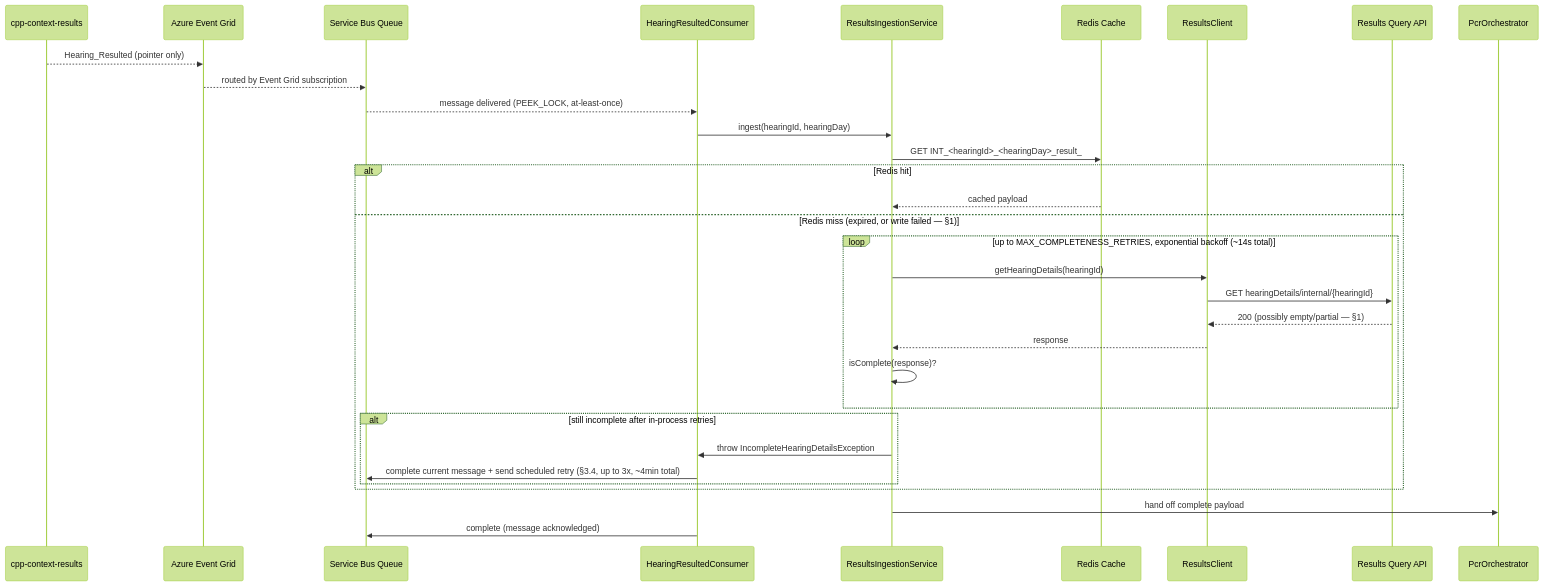
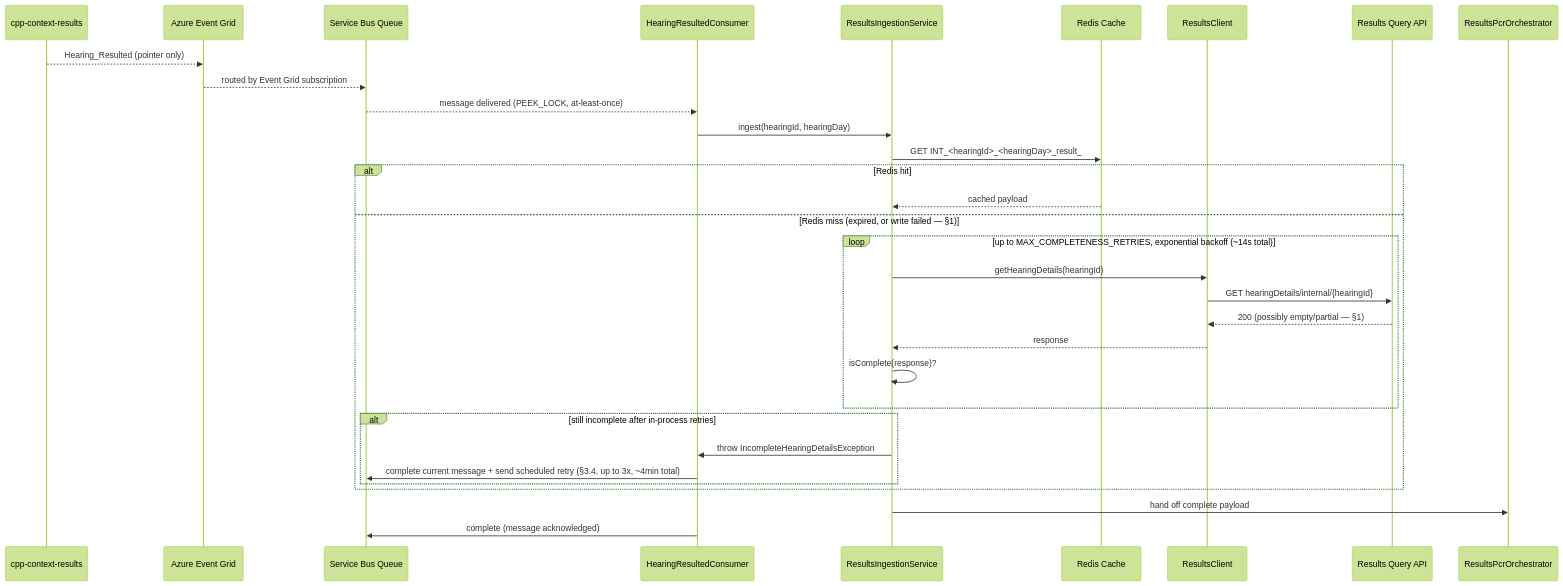
The second of 2 diagrams in docs/2026-07-22-pcr-hearing-event-ingestion-design.md (hmcts/service-cp-crime-results-pcr), drawn with Mermaid (forest theme) before and after one commit. The commit also changed other lines of this file and 2 other files, not shown here.

First line of the commit message:
refactor: rename PcrOrchestrator to ResultsPcrOrchestrator

````diff
--- a/docs/2026-07-22-pcr-hearing-event-ingestion-design.md
+++ b/docs/2026-07-22-pcr-hearing-event-ingestion-design.md
@@ -83,38 +83,38 @@
 ```mermaid
 sequenceDiagram
     participant Results as cpp-context-results
     participant Grid as Azure Event Grid
     participant Bus as Service Bus Queue
     participant Consumer as HearingResultedConsumer
     participant Ingestion as ResultsIngestionService
     participant Redis as Redis Cache
     participant RQC as ResultsClient
     participant API as Results Query API
-    participant Downstream as PcrOrchestrator
+    participant Downstream as ResultsPcrOrchestrator
 
     Results-->>Grid: Hearing_Resulted (pointer only)
     Grid-->>Bus: routed by Event Grid subscription
     Bus-->>Consumer: message delivered (PEEK_LOCK, at-least-once)
 
     Consumer->>Ingestion: ingest(hearingId, hearingDay)
     Ingestion->>Redis: GET INT_<hearingId>_<hearingDay>_result_
 
     alt Redis hit
         Redis-->>Ingestion: cached payload
     else Redis miss (expired, or write failed — §1)
         loop up to MAX_COMPLETENESS_RETRIES, exponential backoff (~14s total)
             Ingestion->>RQC: getHearingDetails(hearingId)
             RQC->>API: GET hearingDetails/internal/{hearingId}
             API-->>RQC: 200 (possibly empty/partial — §1)
             RQC-->>Ingestion: response
             Ingestion->>Ingestion: isComplete(response)?
         end
         alt still incomplete after in-process retries
             Ingestion->>Consumer: throw IncompleteHearingDetailsException
             Consumer->>Bus: complete current message + send scheduled retry (§3.4, up to 3x, ~4min total)
         end
     end
 
     Ingestion->>Downstream: hand off complete payload
     Consumer->>Bus: complete (message acknowledged)
 ```
````
